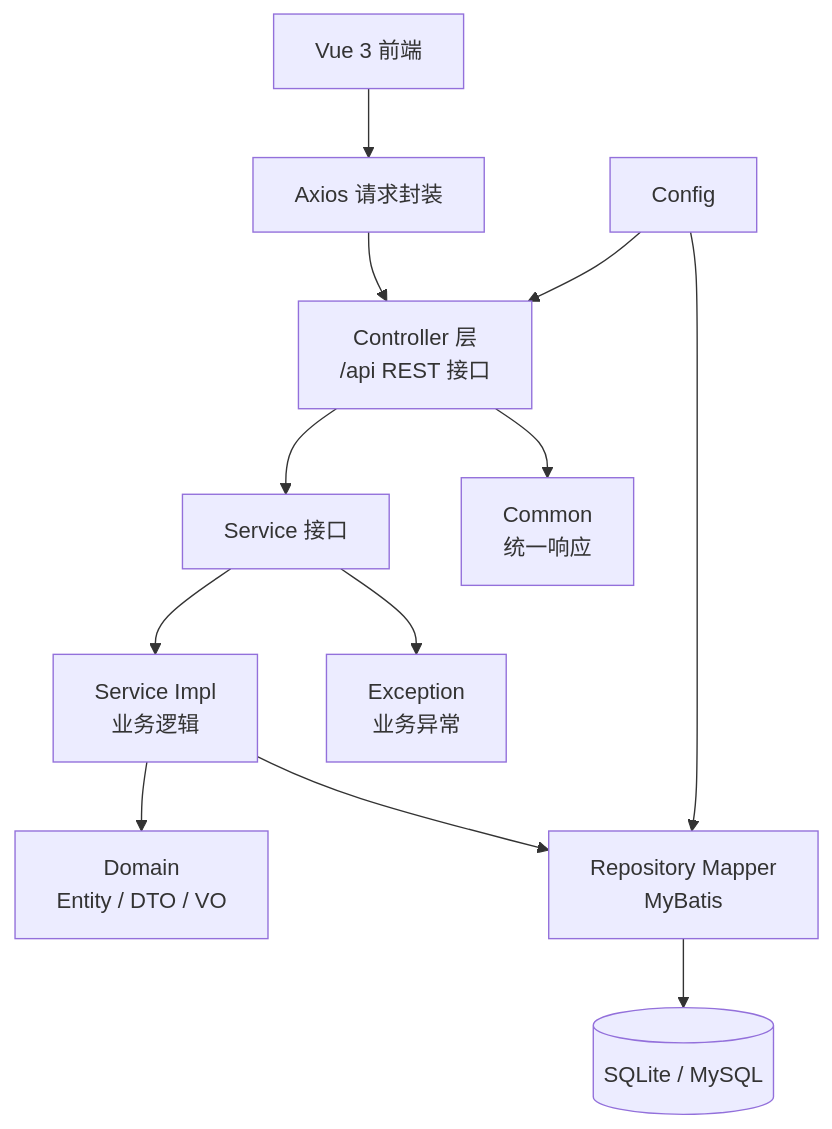
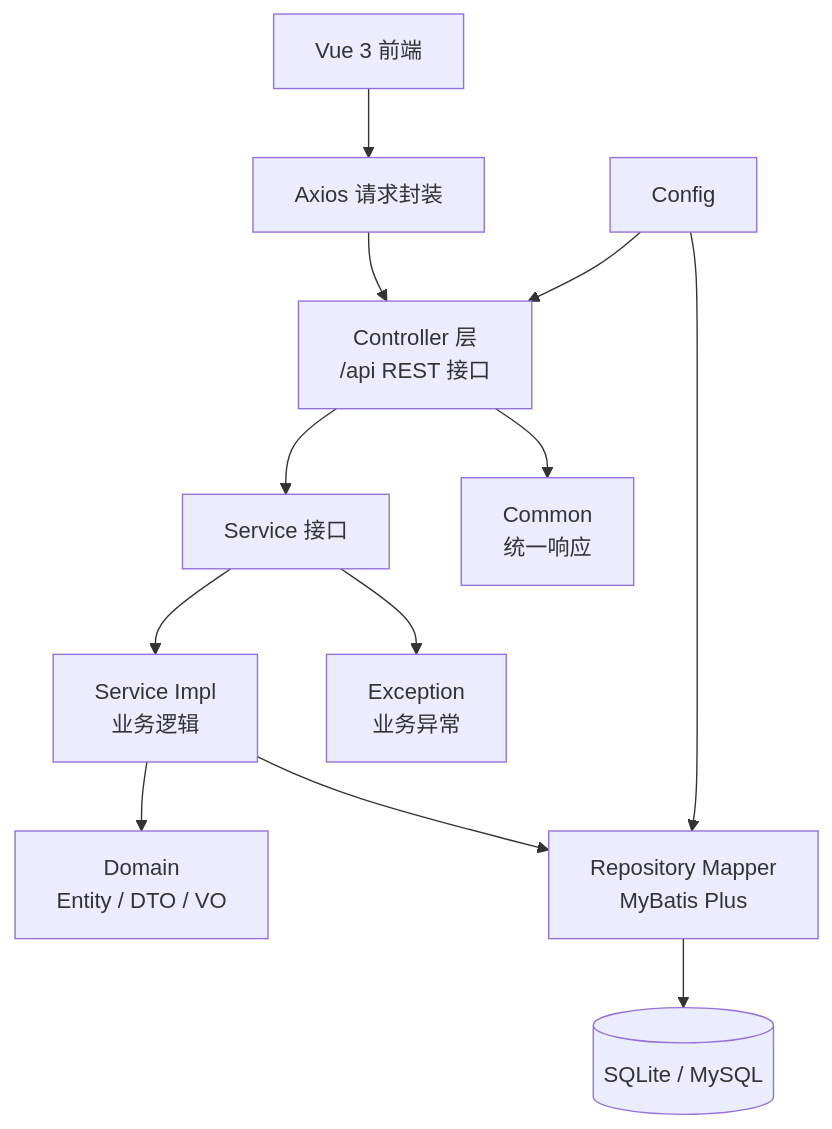
Before and after one commit to ch060619/online-shop-platform: the diagram in harness-collab/02-design-docs/online-shop-platform-design.md, drawn with Mermaid. The commit also changed other lines of this file and 25 other files, not shown here.

First line of the commit message:
implement order database CRUD with SpringBoot3 & MyBatis-Plus

````diff
--- a/harness-collab/02-design-docs/online-shop-platform-design.md
+++ b/harness-collab/02-design-docs/online-shop-platform-design.md
@@ -23,14 +23,14 @@
 ```mermaid
 graph TD
     Browser["Vue 3 前端"] --> Axios["Axios 请求封装"]
     Axios --> Controller["Controller 层\n/api REST 接口"]
     Controller --> Service["Service 接口"]
     Service --> Impl["Service Impl\n业务逻辑"]
     Impl --> Domain["Domain\nEntity / DTO / VO"]
-    Impl --> Mapper["Repository Mapper\nMyBatis"]
+    Impl --> Mapper["Repository Mapper\nMyBatis Plus"]
     Mapper --> DB[("SQLite / MySQL")]
     Controller --> Common["Common\n统一响应"]
     Service --> Exception["Exception\n业务异常"]
     Config --> Controller
     Config --> Mapper
 ```
````
